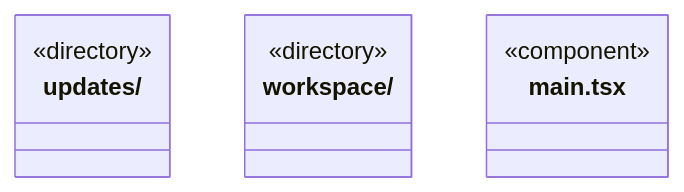
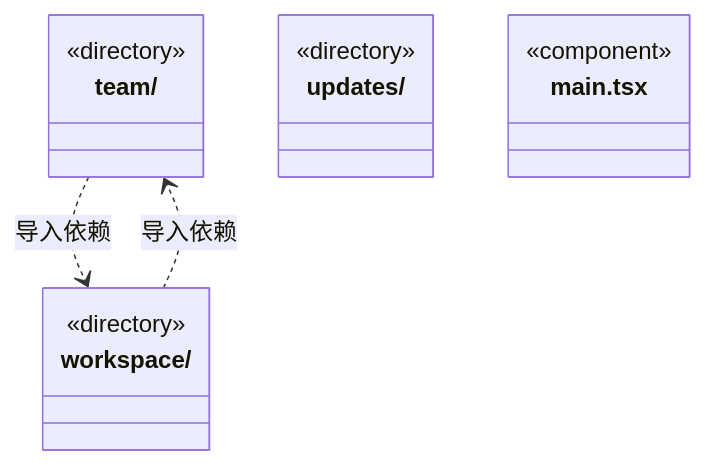
The third of 3 diagrams in src/frontend/ARCHITECTURE.md (nan023062/cbim), drawn with Mermaid before and after one commit. The commit also changed other lines of this file and 356 other files, not shown here.

First line of the commit message:
chore: preserve architecture remediation before desktop 0.1.7 alignment

````diff
--- a/src/frontend/ARCHITECTURE.md
+++ b/src/frontend/ARCHITECTURE.md
@@ -72,12 +70,17 @@
 ```mermaid
 classDiagram
+class N_src_frontend_team["team/"] {
+  <<directory>>
+}
 class N_src_frontend_updates["updates/"] {
   <<directory>>
 }
 class N_src_frontend_workspace["workspace/"] {
   <<directory>>
 }
 class N_src_frontend_main_tsx["main.tsx"] {
   <<component>>
 }
+N_src_frontend_team ..> N_src_frontend_workspace : 导入依赖
+N_src_frontend_workspace ..> N_src_frontend_team : 导入依赖
 ```
````
